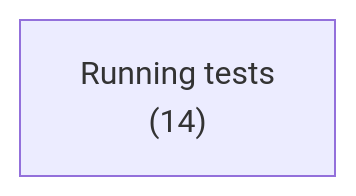
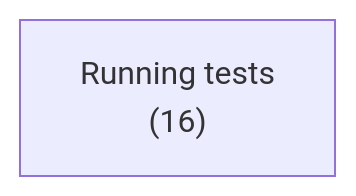
The first of 2 diagrams in docs/generated/test/runner/depends.md (ruudkoot/rune), drawn with Mermaid before and after one commit. The commit also changed other lines of this file and 32 other files, not shown here.

````diff
--- a/docs/generated/test/runner/depends.md
+++ b/docs/generated/test/runner/depends.md
@@ -24,4 +24,4 @@
 ```mermaid
 flowchart LR
-  a0["Running tests<br>(14)"]
+  a0["Running tests<br>(16)"]
 ```
````
